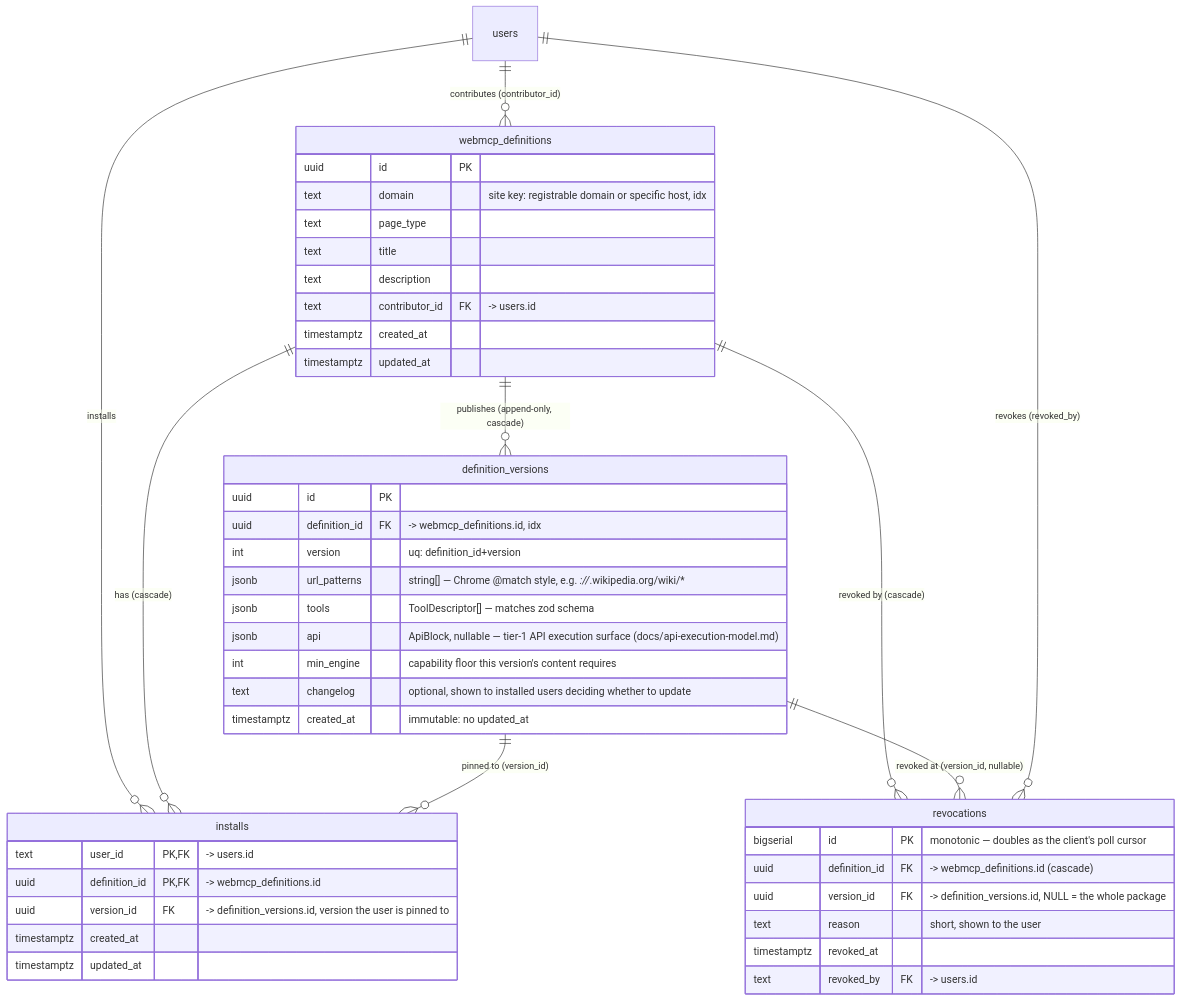
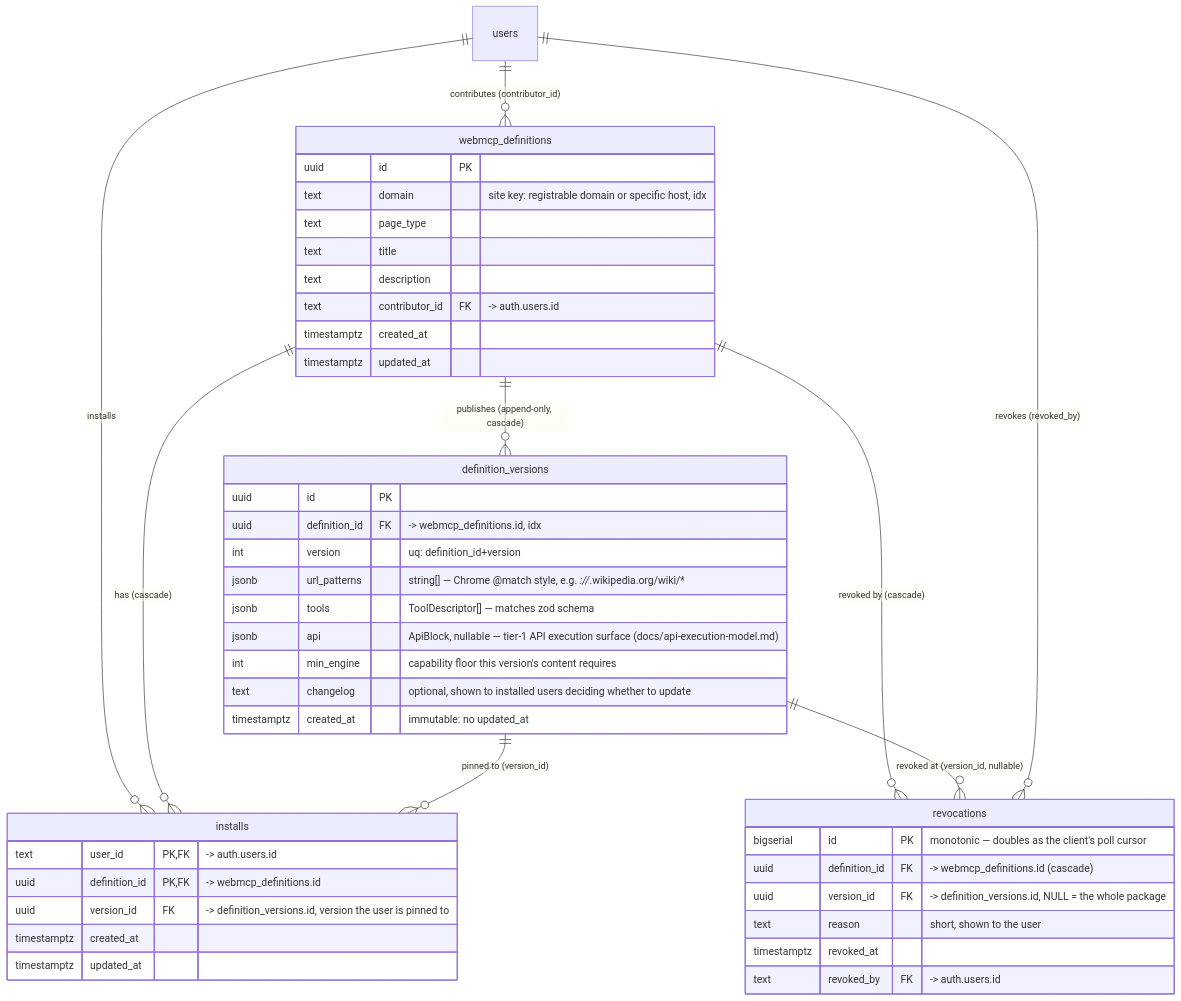
The first of 2 diagrams in docs/erd.md (robertn702/webmcp-today), drawn with Mermaid before and after one commit. The commit also changed other lines of this file and 9 other files, not shown here.

First line of the commit message:
refactor(db)!: move better-auth tables into the auth schema

````diff
--- a/docs/erd.md
+++ b/docs/erd.md
@@ -11,51 +14,51 @@
 ```mermaid
 erDiagram
     users ||--o{ webmcp_definitions : "contributes (contributor_id)"
     users ||--o{ installs : installs
     webmcp_definitions ||--o{ definition_versions : "publishes (append-only, cascade)"
     webmcp_definitions ||--o{ installs : "has (cascade)"
     definition_versions ||--o{ installs : "pinned to (version_id)"
     webmcp_definitions ||--o{ revocations : "revoked by (cascade)"
     definition_versions ||--o{ revocations : "revoked at (version_id, nullable)"
     users ||--o{ revocations : "revokes (revoked_by)"
 
     webmcp_definitions {
         uuid id PK
         text domain "site key: registrable domain or specific host, idx"
         text page_type
         text title
         text description
-        text contributor_id FK "-> users.id"
+        text contributor_id FK "-> auth.users.id"
         timestamptz created_at
         timestamptz updated_at
     }
 
     definition_versions {
         uuid id PK
         uuid definition_id FK "-> webmcp_definitions.id, idx"
         int version "uq: definition_id+version"
         jsonb url_patterns "string[] — Chrome @match style, e.g. *://*.wikipedia.org/wiki/*"
         jsonb tools "ToolDescriptor[] — matches zod schema"
         jsonb api "ApiBlock, nullable — tier-1 API execution surface (docs/api-execution-model.md)"
         int min_engine "capability floor this version's content requires"
         text changelog "optional, shown to installed users deciding whether to update"
         timestamptz created_at "immutable: no updated_at"
     }
 
     installs {
-        text user_id PK,FK "-> users.id"
+        text user_id PK,FK "-> auth.users.id"
         uuid definition_id PK,FK "-> webmcp_definitions.id"
         uuid version_id FK "-> definition_versions.id, version the user is pinned to"
         timestamptz created_at
         timestamptz updated_at
     }
 
     revocations {
         bigserial id PK "monotonic — doubles as the client's poll cursor"
         uuid definition_id FK "-> webmcp_definitions.id (cascade)"
         uuid version_id FK "-> definition_versions.id, NULL = the whole package"
         text reason "short, shown to the user"
         timestamptz revoked_at
-        text revoked_by FK "-> users.id"
+        text revoked_by FK "-> auth.users.id"
     }
 ```
````
